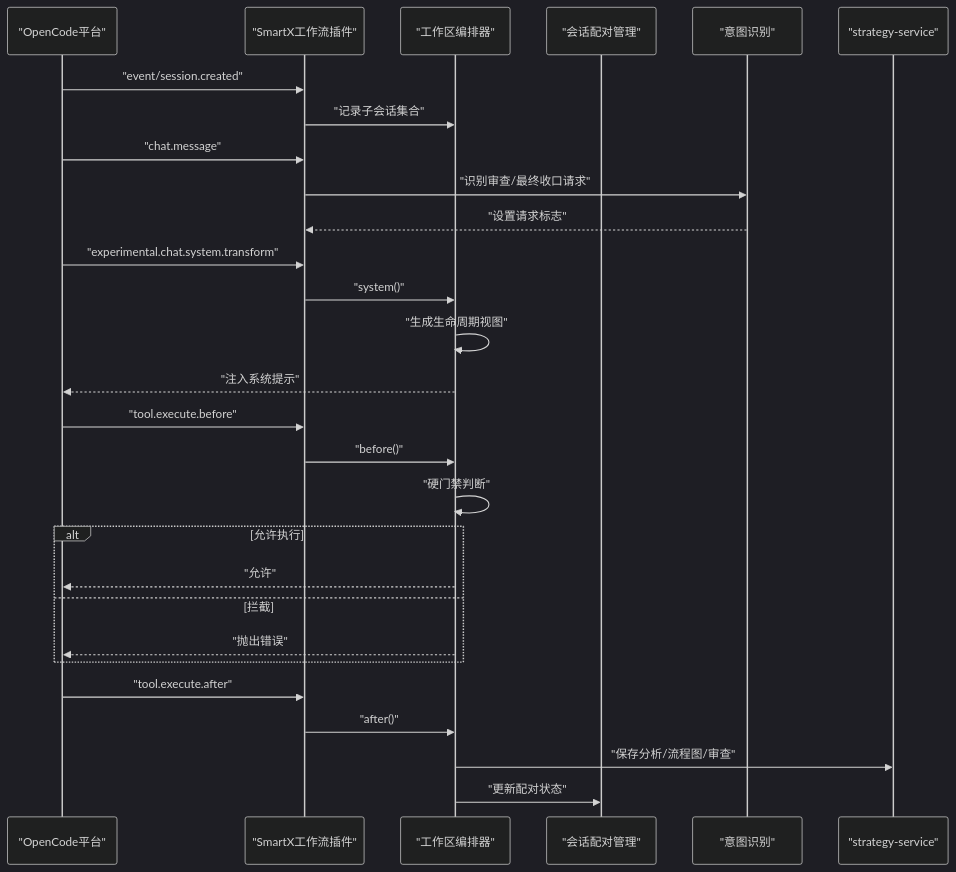
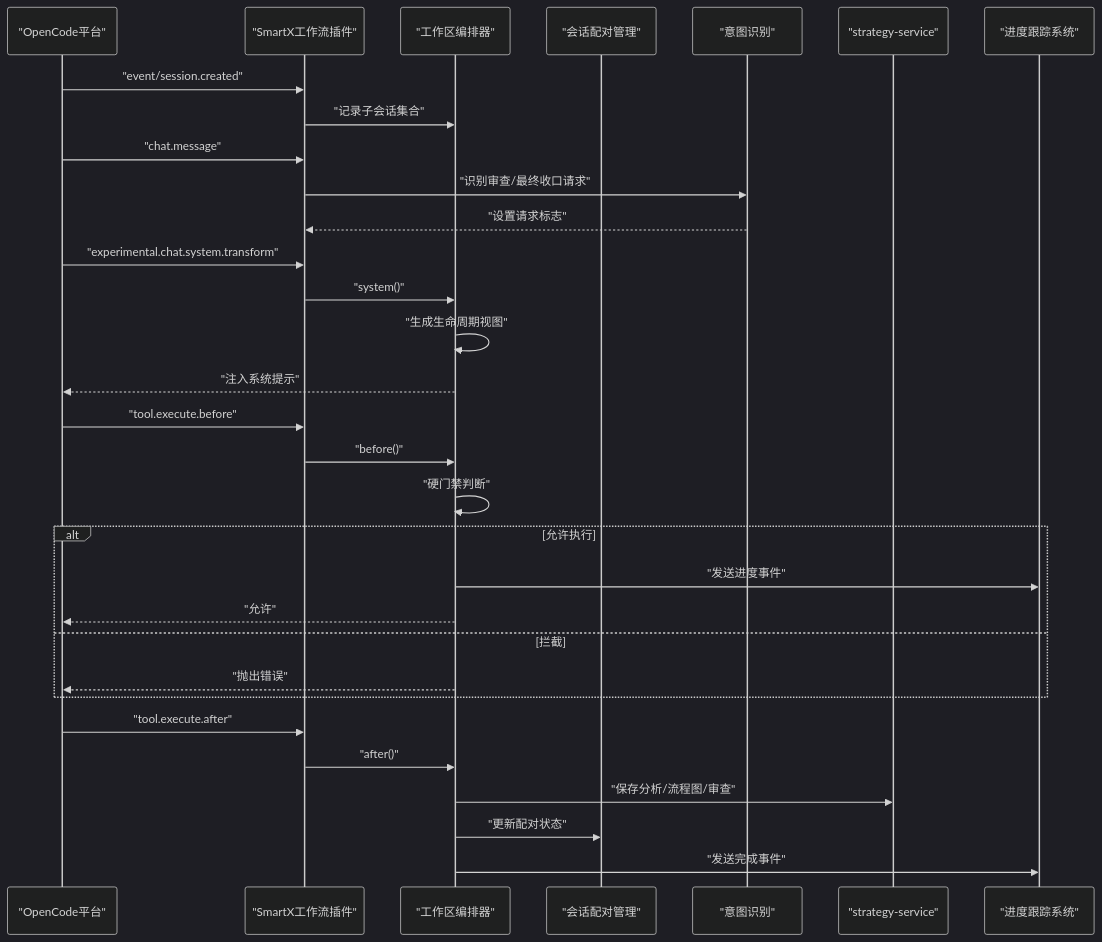
The second of 5 diagrams in .lingma/repowiki/zh/content/API参考/SmartX工作流API.md (89780012/opencode), drawn with Mermaid (dark theme) before and after one commit. The commit also changed other lines of this file and 3 other files, not shown here.

````diff
--- a/.lingma/repowiki/zh/content/API参考/SmartX工作流API.md
+++ b/.lingma/repowiki/zh/content/API参考/SmartX工作流API.md
@@ -124,30 +131,33 @@
 ```mermaid
 sequenceDiagram
 participant OC as "OpenCode平台"
 participant SW as "SmartX工作流插件"
 participant WS as "工作区编排器"
 participant PAIR as "会话配对管理"
 participant INTENT as "意图识别"
 participant SVC as "strategy-service"
+participant PROG as "进度跟踪系统"
 OC->>SW : "event/session.created"
 SW->>WS : "记录子会话集合"
 OC->>SW : "chat.message"
 SW->>INTENT : "识别审查/最终收口请求"
 INTENT-->>SW : "设置请求标志"
 OC->>SW : "experimental.chat.system.transform"
 SW->>WS : "system()"
 WS->>WS : "生成生命周期视图"
 WS-->>OC : "注入系统提示"
 OC->>SW : "tool.execute.before"
 SW->>WS : "before()"
 WS->>WS : "硬门禁判断"
 alt 允许执行
+WS->>PROG : "发送进度事件"
 WS-->>OC : "允许"
 else 拦截
 WS-->>OC : "抛出错误"
 end
 OC->>SW : "tool.execute.after"
 SW->>WS : "after()"
 WS->>SVC : "保存分析/流程图/审查"
 WS->>PAIR : "更新配对状态"
+WS->>PROG : "发送完成事件"
 ```
````
